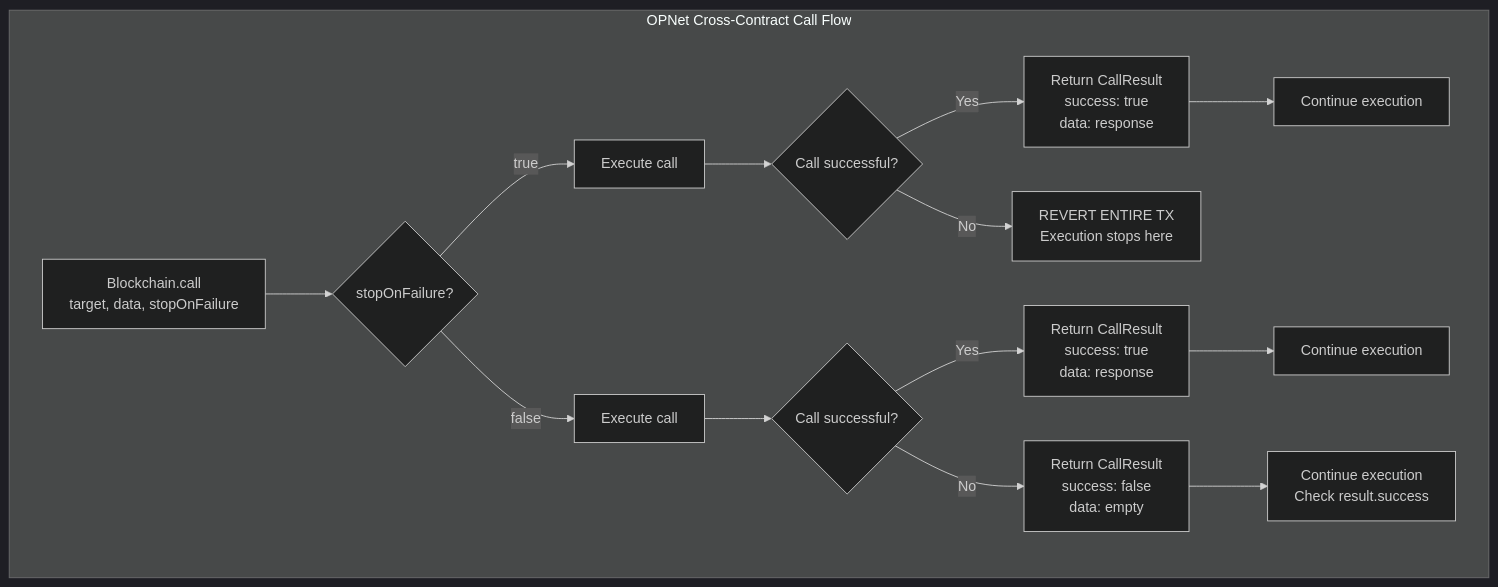
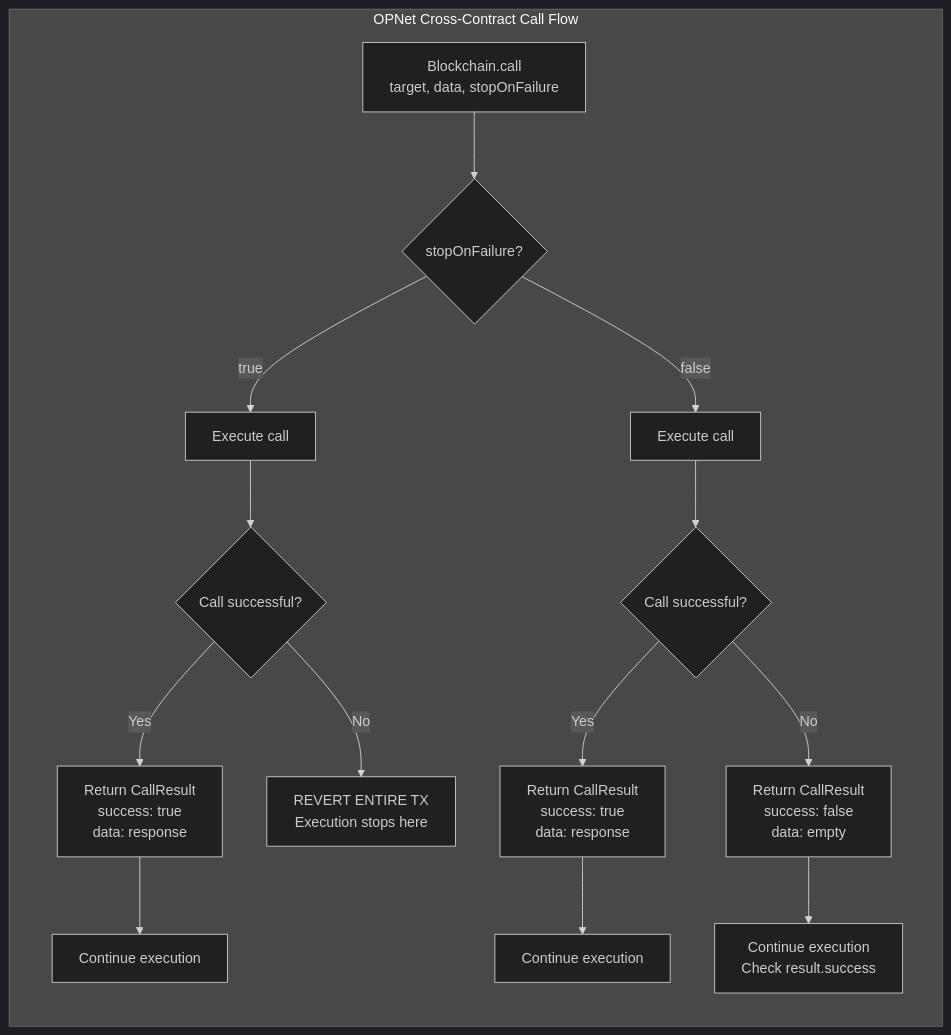
Before and after one commit to btc-vision/btc-runtime: the second of 2 diagrams in docs/advanced/cross-contract-calls.md, drawn with Mermaid (dark theme). The commit also changed 8 other files, not shown here.

First line of the commit message:
Update Mermaid diagrams to use left-to-right flow

````diff
--- a/docs/advanced/cross-contract-calls.md
+++ b/docs/advanced/cross-contract-calls.md
@@ -94,22 +94,22 @@
 ```mermaid
-flowchart TD
+flowchart LR
     subgraph OPNet["OPNet Cross-Contract Call Flow"]
         A["Blockchain.call<br/>target, data, stopOnFailure"] --> B{"stopOnFailure?"}
 
         B -->|"true"| C["Execute call"]
         B -->|"false"| D["Execute call"]
 
         C --> E{"Call successful?"}
         D --> F{"Call successful?"}
 
         E -->|"Yes"| G["Return CallResult<br/>success: true<br/>data: response"]
         E -->|"No"| H["REVERT ENTIRE TX<br/>Execution stops here"]
 
         F -->|"Yes"| I["Return CallResult<br/>success: true<br/>data: response"]
         F -->|"No"| J["Return CallResult<br/>success: false<br/>data: empty"]
 
         G --> K["Continue execution"]
         I --> L["Continue execution"]
         J --> M["Continue execution<br/>Check result.success"]
     end
 ```
````
